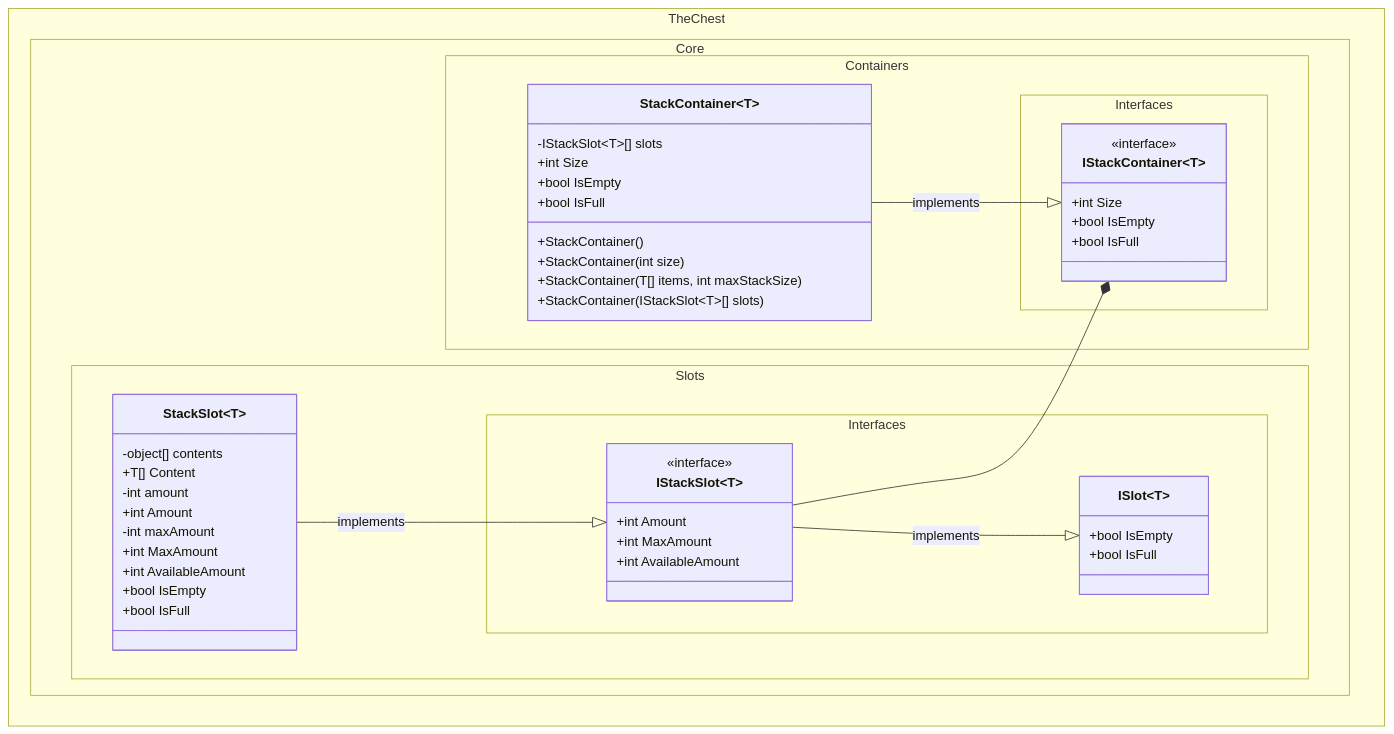
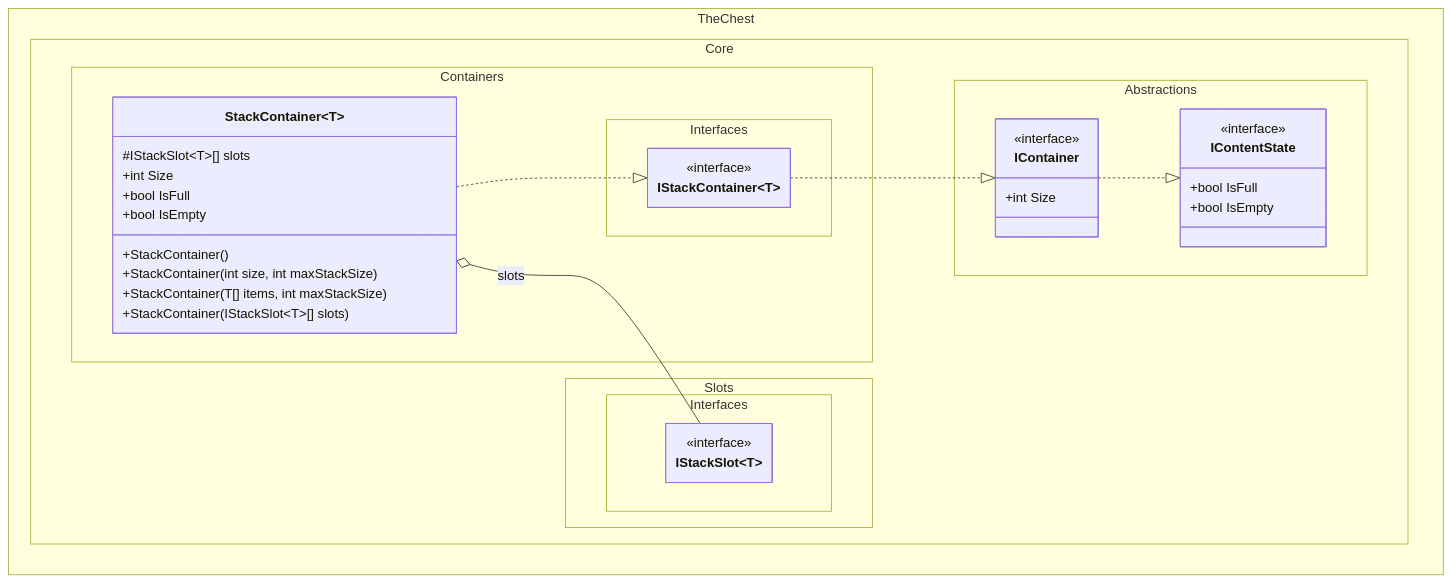
Before and after one commit to The-Chest/TheChest.Core: the second of 5 diagrams in docs/class_diagram.md, drawn with Mermaid. The commit also changed other lines of this file and 18 other files, not shown here.

````diff
--- a/docs/class_diagram.md
+++ b/docs/class_diagram.md
@@ -74,69 +69,48 @@
 ```mermaid
 ---
 config:
   theme: mc
   look: classic
   class:
     hideEmptyMembersBox: true
 ---
 classDiagram
 direction BT
-	namespace TheChest.Core.Containers.Interfaces {
-		class IStackContainer~T~ {
-	        +int Size
-	        +bool IsEmpty
-	        +bool IsFull
+    namespace TheChest.Core.Abstractions {
+        class IContentState {
+            <<interface>>
+            +bool IsFull
+            +bool IsEmpty
         }
-	}
-	namespace TheChest.Core.Slots.Interfaces {
-        class ISlot~T~ {
-	        +bool IsEmpty
-	        +bool IsFull
+        class IContainer {
+            <<interface>>
+            +int Size
         }
+    }
+    namespace TheChest.Core.Containers.Interfaces {
+        class IStackContainer~T~ {
+            <<interface>>
+        }
+    }
+    namespace TheChest.Core.Slots.Interfaces {
         class IStackSlot~T~ {
-            +int Amount
-            +int MaxAmount
-            +int AvailableAmount
+            <<interface>>
         }
-	}
-	namespace TheChest.Core.Containers {
-		class StackContainer~T~ {
-			-IStackSlot~T~[] slots
-
-			+StackContainer()
-			+StackContainer(int size)
-			+StackContainer(T[] items, int maxStackSize)
-			+StackContainer(IStackSlot~T~[] slots)
-	        
-			+int Size
-	        +bool IsEmpty
-	        +bool IsFull
+    }
+    namespace TheChest.Core.Containers {
+        class StackContainer~T~ {
+            #IStackSlot~T~[] slots
+            +int Size
+            +bool IsFull
+            +bool IsEmpty
+            +StackContainer()
+            +StackContainer(int size, int maxStackSize)
+            +StackContainer(T[] items, int maxStackSize)
+            +StackContainer(IStackSlot~T~[] slots)
         }
-	}
-
-	namespace TheChest.Core.Slots {
-		class StackSlot~T~{
-			-object[] contents
-			+T[] Content
-
-			-int amount            
-			+int Amount
-
-			-int maxAmount
-            +int MaxAmount
-
-            +int AvailableAmount
-	        +bool IsEmpty
-	        +bool IsFull
-
-		}
-	}
-
-	<<interface>> IStackContainer
-    <<interface>> IStackSlot
-
-    StackContainer --|> IStackContainer : implements
-    IStackSlot --|> ISlot : implements
-    StackSlot --|> IStackSlot : implements
-    IStackSlot --* IStackContainer
+    }
+    IContainer ..|> IContentState
+    IStackContainer~T~ ..|> IContainer
+    StackContainer~T~ ..|> IStackContainer~T~
+    StackContainer~T~ o-- IStackSlot~T~ : slots
 ```
````
